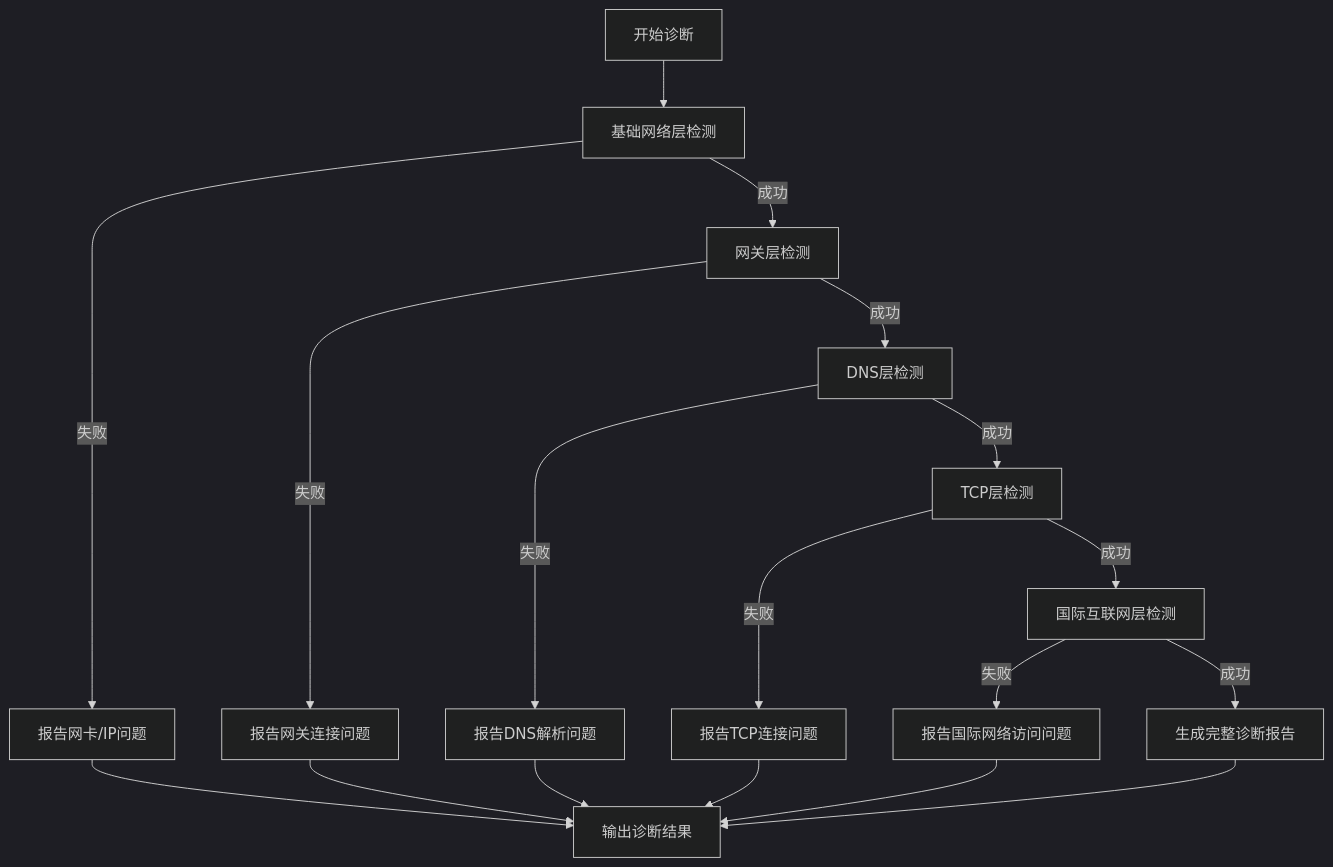
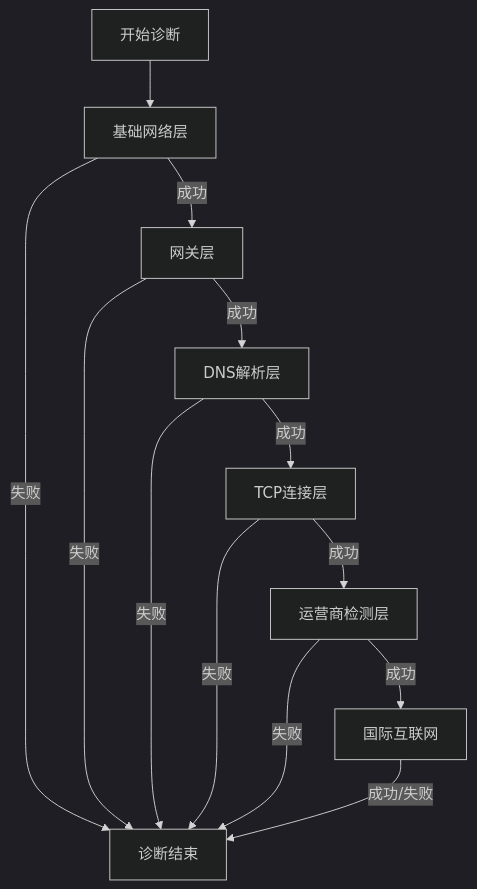
The diagram in README.md (ma5hr00m/oh-my-network), drawn with Mermaid (dark theme) before and after one commit. The commit also changed other lines of this file and 2 other files, not shown here.

````diff
--- a/README.md
+++ b/README.md
@@ -15,20 +78,15 @@
 ```mermaid
 graph TD
-    A[开始诊断] --> B[基础网络层检测]
-    B --> |成功| C[网关层检测]
-    B --> |失败| B1[报告网卡/IP问题]
-    C --> |成功| D[DNS层检测]
-    C --> |失败| C1[报告网关连接问题]
-    D --> |成功| E[TCP层检测]
-    D --> |失败| D1[报告DNS解析问题]
-    E --> |成功| F[国际互联网层检测]
-    E --> |失败| E1[报告TCP连接问题]
-    F --> |成功| G[生成完整诊断报告]
-    F --> |失败| F1[报告国际网络访问问题]
-    B1 --> H[输出诊断结果]
-    C1 --> H
-    D1 --> H
-    E1 --> H
-    F1 --> H
-    G --> H
+    A[开始诊断] --> B[基础网络层]
+    B -->|成功| C[网关层]
+    B -->|失败| Z[诊断结束]
+    C -->|成功| D[DNS解析层]
+    C -->|失败| Z
+    D -->|成功| E[TCP连接层]
+    D -->|失败| Z
+    E -->|成功| F[运营商检测层]
+    E -->|失败| Z
+    F -->|成功| G[国际互联网]
+    F -->|失败| Z
+    G -->|成功/失败| Z
 ```
````
